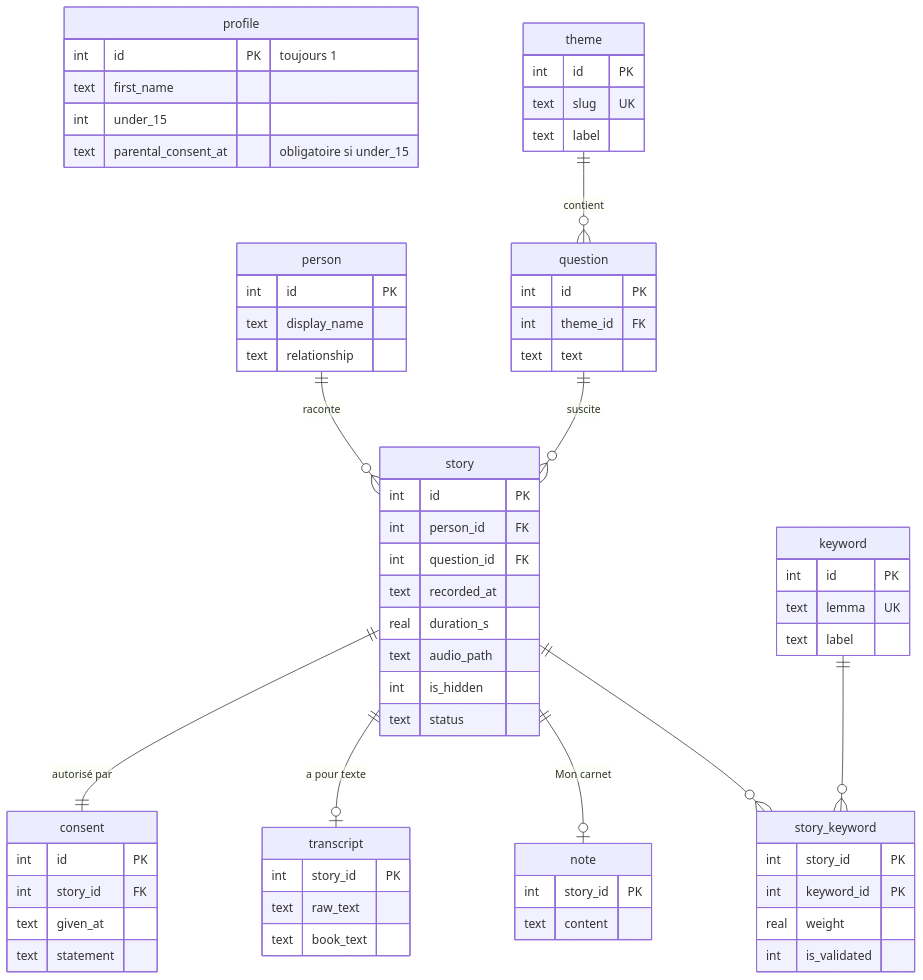
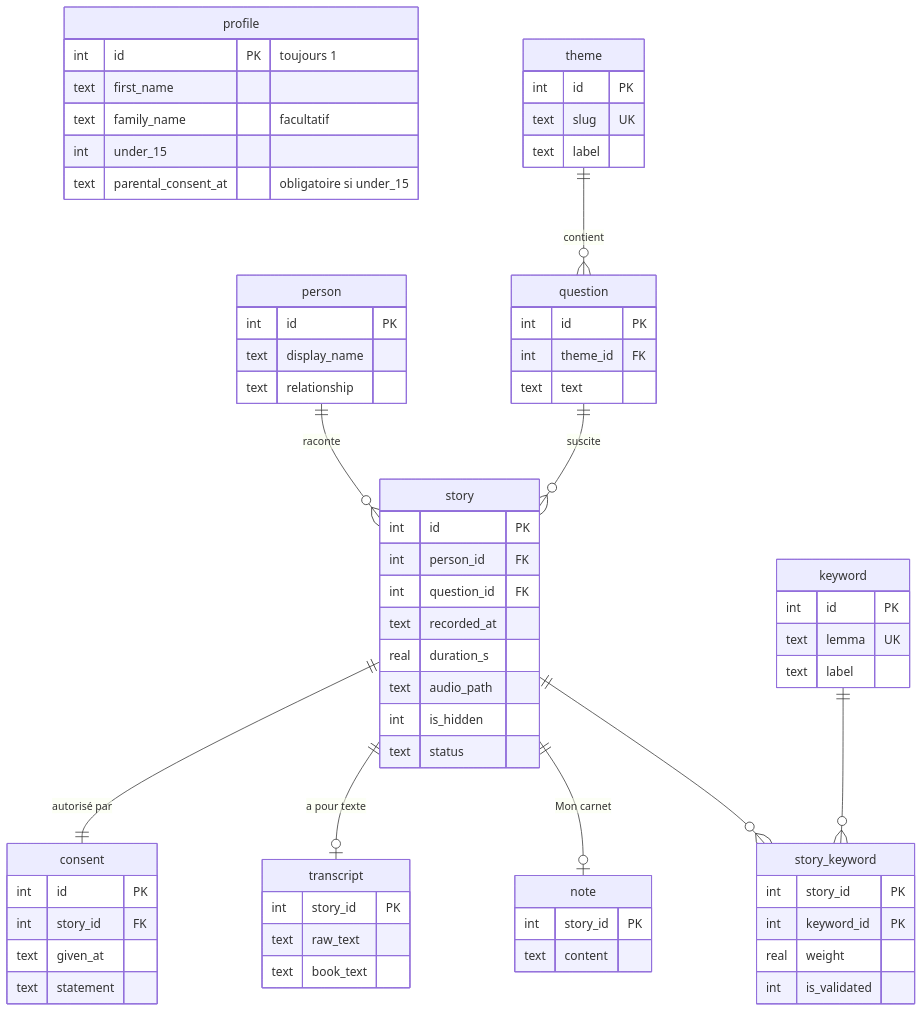
Before and after one commit to emerylenaiglaborderie-creator/au-fil-d-une-vie: the diagram in docs/modele-donnees.md, drawn with Mermaid. The commit also changed other lines of this file and 19 other files, not shown here.

````diff
--- a/docs/modele-donnees.md
+++ b/docs/modele-donnees.md
@@ -5,69 +12,70 @@
 ```mermaid
 erDiagram
     profile {
         int id PK "toujours 1"
         text first_name
+        text family_name "facultatif"
         int under_15
         text parental_consent_at "obligatoire si under_15"
     }
     person ||--o{ story : "raconte"
     theme ||--o{ question : "contient"
     question ||--o{ story : "suscite"
     story ||--|| consent : "autorisé par"
     story ||--o| transcript : "a pour texte"
     story ||--o| note : "Mon carnet"
     story ||--o{ story_keyword : ""
     keyword ||--o{ story_keyword : ""
 
     person {
         int id PK
         text display_name
         text relationship
     }
     theme {
         int id PK
         text slug UK
         text label
     }
     question {
         int id PK
         int theme_id FK
         text text
     }
     story {
         int id PK
         int person_id FK
         int question_id FK
         text recorded_at
         real duration_s
         text audio_path
         int is_hidden
         text status
     }
     consent {
         int id PK
         int story_id FK
         text given_at
         text statement
     }
     transcript {
         int story_id PK
         text raw_text
         text book_text
     }
     keyword {
         int id PK
         text lemma UK
         text label
     }
     story_keyword {
         int story_id PK
         int keyword_id PK
         real weight
         int is_validated
     }
     note {
         int story_id PK
         text content
     }
 ```
````
